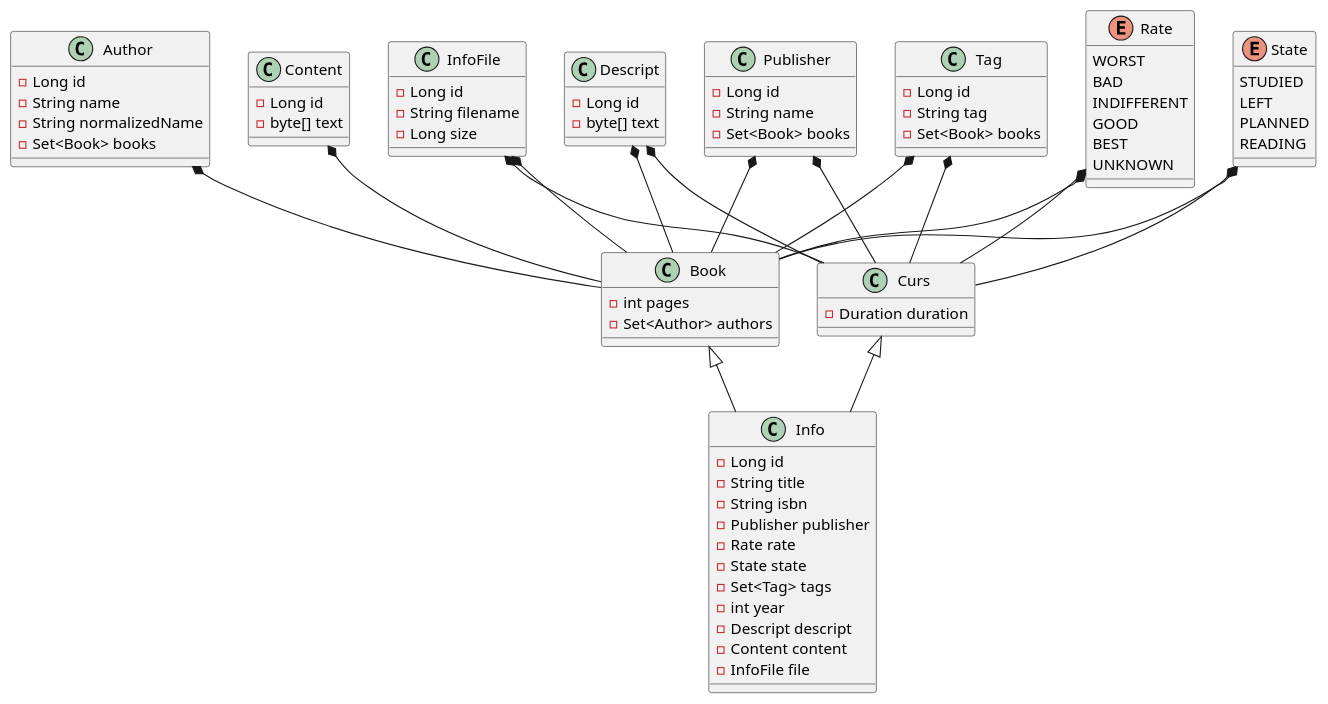
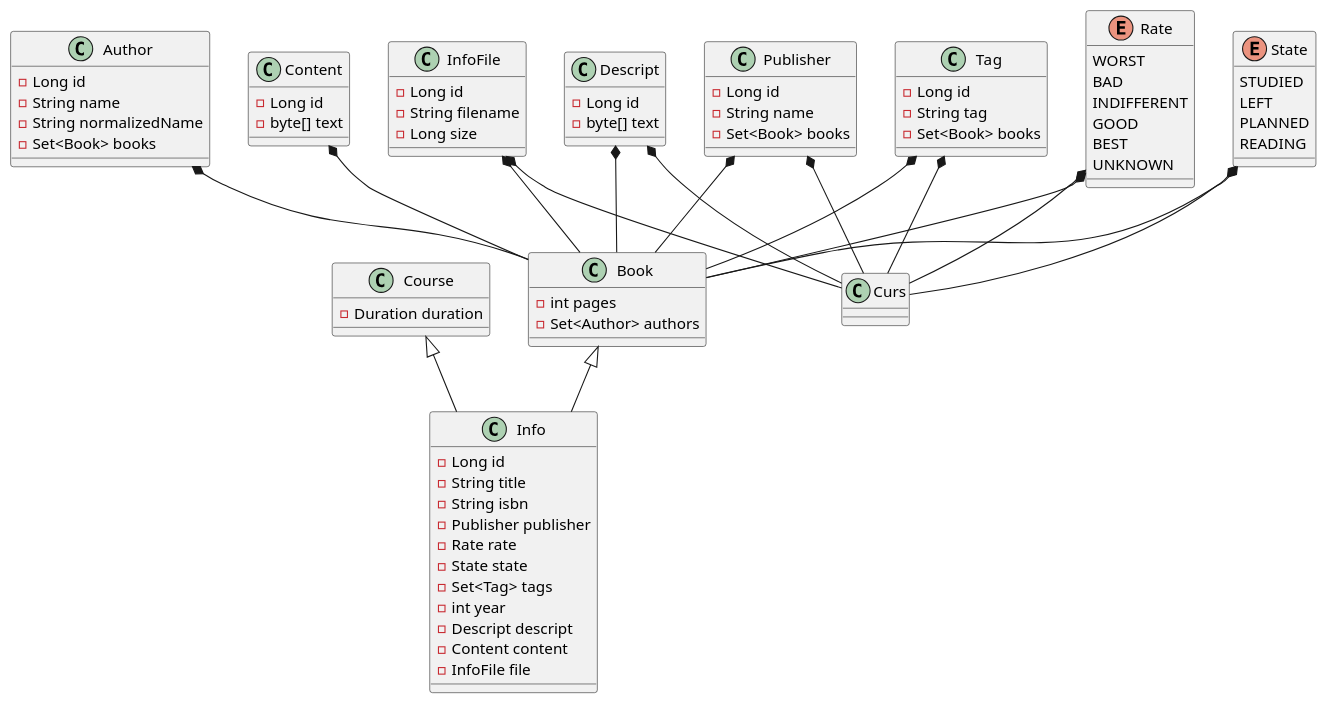
One commit to Iogann1978/ITInfoBack changed the diagram in puml/ClassDiagram.puml. Above: the diagram before and after it, drawn with PlantUML. The commit also changed 22 other files, not shown here.

```diff
--- a/puml/ClassDiagram.puml
+++ b/puml/ClassDiagram.puml
@@ -1,84 +1,84 @@
 @startuml
 class Info {
     - Long id
     - String title
     - String isbn
     - Publisher publisher
     - Rate rate
     - State state
     - Set<Tag> tags
     - int year
     - Descript descript
     - Content content
     - InfoFile file
 }
 class Book {
     - int pages
     - Set<Author> authors
 }
 class Author {
     - Long id
     - String name
     - String normalizedName
     - Set<Book> books
 }
 class InfoFile {
     - Long id
     - String filename
     - Long size
 }
 class Descript {
     - Long id
     - byte[] text
 }
 class Content {
     - Long id
     - byte[] text
 }
 class Publisher {
     - Long id
     - String name
     - Set<Book> books
 }
 class Tag {
     - Long id
     - String tag
     - Set<Book> books
 }
 enum Rate {
     WORST
     BAD
     INDIFFERENT
     GOOD
     BEST
     UNKNOWN
 }
 enum State {
     STUDIED
     LEFT
     PLANNED
     READING
 }
-class Curs {
+class Course {
     - Duration duration
 }
 
 Book <|-- Info
-Curs <|-- Info
+Course <|-- Info
 
 Author *-- Book
 InfoFile *-- Book
 Descript *-- Book
 Content *-- Book
 Publisher *-- Book
 Tag *-- Book
 Rate *-- Book
 State *-- Book
 
 InfoFile *-- Curs
 Descript *-- Curs
 Publisher *-- Curs
 Tag *-- Curs
 Rate *-- Curs
 State *-- Curs
 @enduml
```
